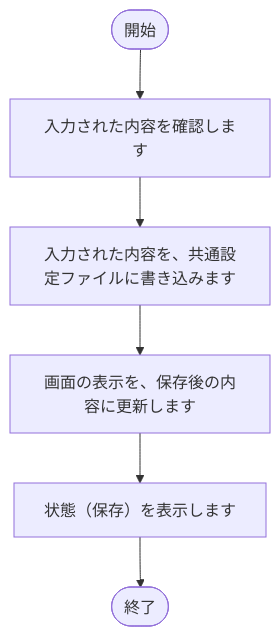
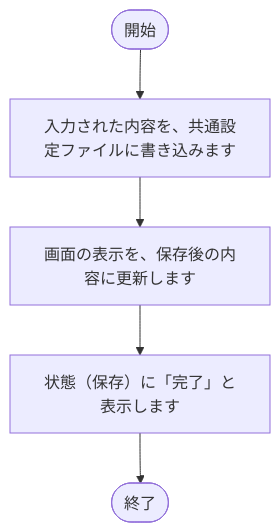
One commit to nishida2073/project_management changed the fifth of 13 diagrams in tool/package-generator/doc/02_設計/処理フロー.md. Above: the diagram before and after it, drawn with Mermaid. The commit also changed other lines of this file and 4 other files, not shown here.

````diff
--- a/tool/package-generator/doc/02_設計/処理フロー.md
+++ b/tool/package-generator/doc/02_設計/処理フロー.md
@@ -172,14 +187,12 @@
 ```mermaid
 flowchart TD
     S(["開始"])
     E(["終了"])
-    N1["入力された内容を確認します"]
-    S --> N1
     N2["入力された内容を、共通設定ファイルに書き込みます"]
-    N1 --> N2
+    S --> N2
     N3["画面の表示を、保存後の内容に更新します"]
     N2 --> N3
-    N4["状態（保存）を表示します"]
+    N4["状態（保存）に「完了」と表示します"]
     N3 --> N4
     N4 --> E
 ```
````
